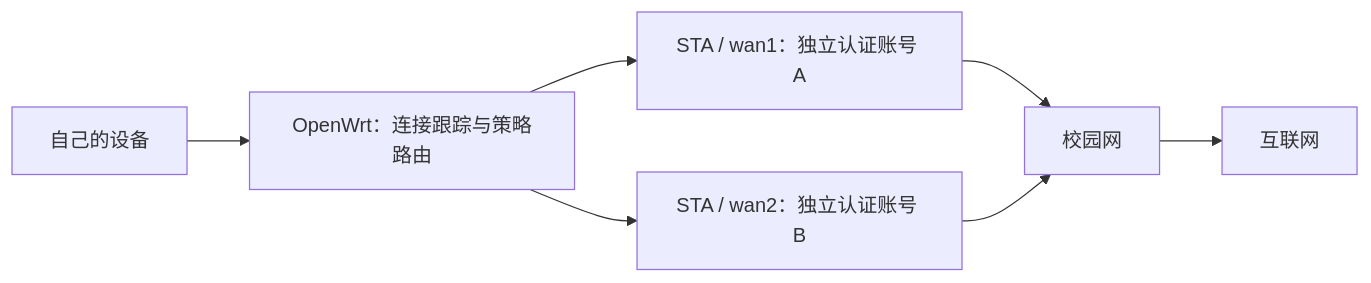
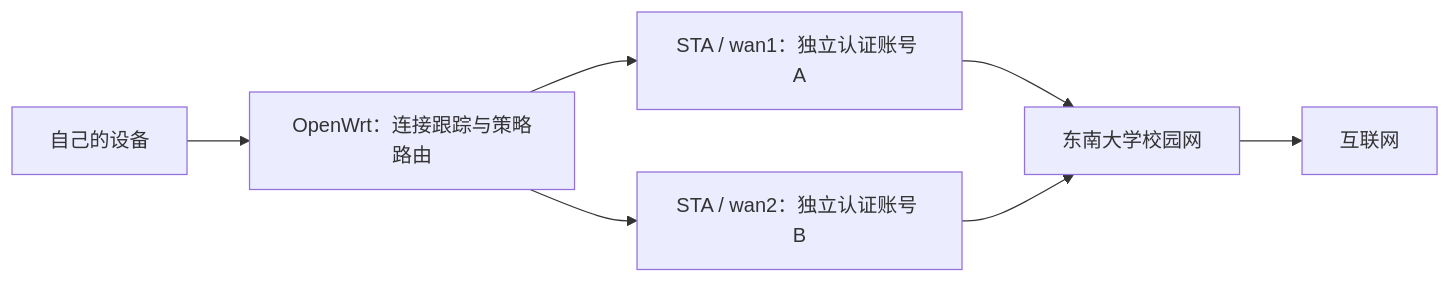
One commit to Tianxiang111/SEU-Campus-Network changed the second of 2 diagrams in README.md. Above: the diagram before and after it, drawn with Mermaid. The commit also changed other lines of this file and 1 other file, not shown here.

````diff
--- a/README.md
+++ b/README.md
@@ -70,9 +70,9 @@
 ```mermaid
 flowchart LR
     L["自己的设备"] --> R["OpenWrt：连接跟踪与策略路由"]
     R --> W1["STA / wan1：独立认证账号 A"]
     R --> W2["STA / wan2：独立认证账号 B"]
-    W1 --> C["校园网"]
+    W1 --> C["东南大学校园网"]
     W2 --> C
     C --> I["互联网"]
 ```
````
